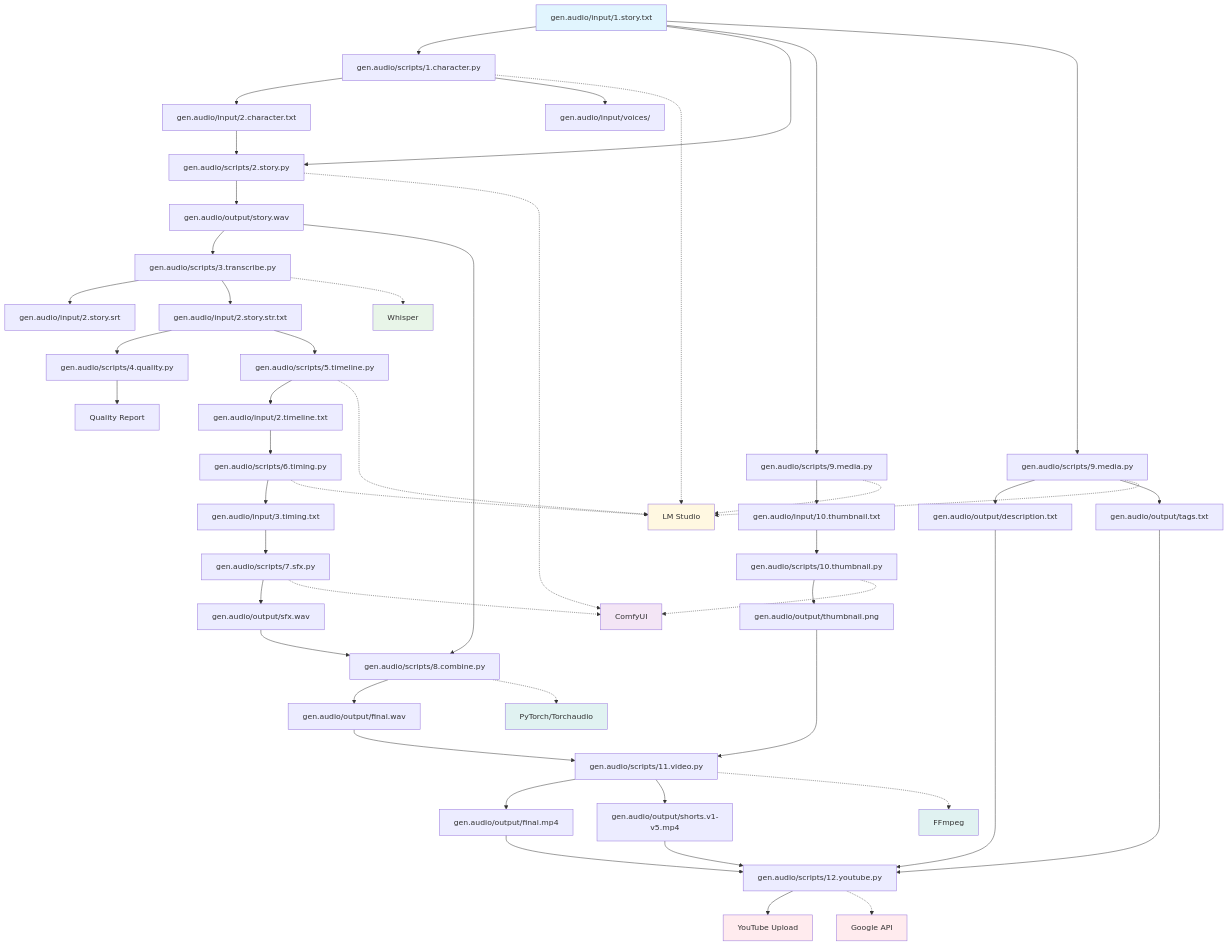
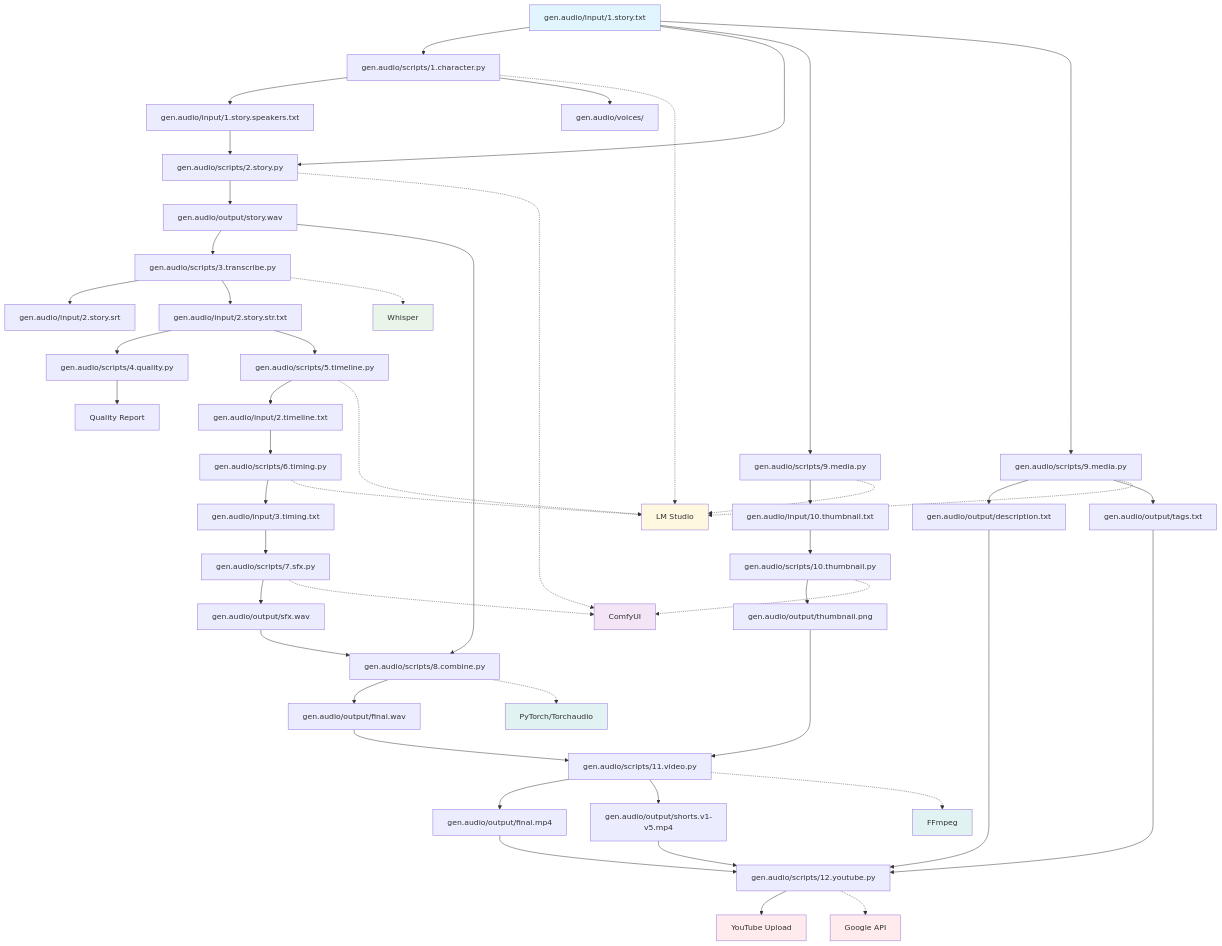
One commit to prskid1000/AI-Content-Pipelines changed the first of 4 diagrams in README.md. Above: the diagram before and after it, drawn with Mermaid. The commit also changed other lines of this file, not shown here.

````diff
--- a/README.md
+++ b/README.md
@@ -578,72 +599,72 @@
 ```mermaid
 graph TD
     A[gen.audio/input/1.story.txt] --> B[gen.audio/scripts/1.character.py]
-    B --> C[gen.audio/input/2.character.txt]
-    B --> D[gen.audio/input/voices/]
+    B --> C[gen.audio/input/1.story.speakers.txt]
+    B --> D[gen.audio/voices/]
     B -.-> E[LM Studio]
     
     A --> F[gen.audio/scripts/2.story.py]
     C --> F
     F --> G[gen.audio/output/story.wav]
     F -.-> H[ComfyUI]
     
     G --> I[gen.audio/scripts/3.transcribe.py]
     I --> J[gen.audio/input/2.story.srt]
     I --> K[gen.audio/input/2.story.str.txt]
     I -.-> L[Whisper]
     
     K --> M[gen.audio/scripts/4.quality.py]
     M --> N[Quality Report]
     
     K --> O[gen.audio/scripts/5.timeline.py]
     O --> P[gen.audio/input/2.timeline.txt]
     O -.-> E
     
     P --> Q[gen.audio/scripts/6.timing.py]
     Q --> R[gen.audio/input/3.timing.txt]
     Q -.-> E
     
     R --> S[gen.audio/scripts/7.sfx.py]
     S --> T[gen.audio/output/sfx.wav]
     S -.-> H
     
     G --> U[gen.audio/scripts/8.combine.py]
     T --> U
     U --> V[gen.audio/output/final.wav]
     U -.-> W[PyTorch/Torchaudio]
     
     A --> X[gen.audio/scripts/9.media.py]
     X --> Y[gen.audio/input/10.thumbnail.txt]
     X -.-> E
     
     Y --> Z[gen.audio/scripts/10.thumbnail.py]
     Z --> AA[gen.audio/output/thumbnail.png]
     Z -.-> H
     
     V --> BB[gen.audio/scripts/11.video.py]
     AA --> BB
     BB --> CC[gen.audio/output/final.mp4]
     BB --> CC2[gen.audio/output/shorts.v1-v5.mp4]
     BB -.-> DD[FFmpeg]
     
     A --> EE[gen.audio/scripts/9.media.py]
     EE --> FF[gen.audio/output/description.txt]
     EE --> GG[gen.audio/output/tags.txt]
     EE -.-> E
     
     CC --> HH[gen.audio/scripts/12.youtube.py]
     CC2 --> HH
     FF --> HH
     GG --> HH
     HH --> II[YouTube Upload]
     HH -.-> JJ[Google API]
     
     style A fill:#e1f5fe
     style E fill:#fff8e1
     style H fill:#f3e5f5
     style L fill:#e8f5e8
     style W fill:#e0f2f1
     style DD fill:#e0f2f1
     style JJ fill:#ffebee
     style II fill:#ffebee
 ```
````
